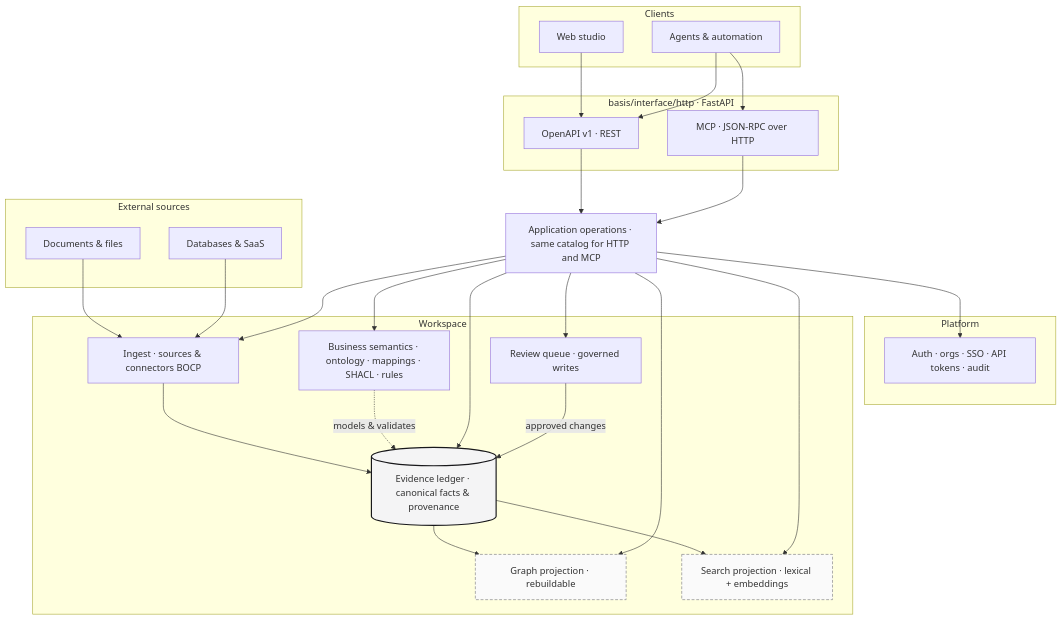
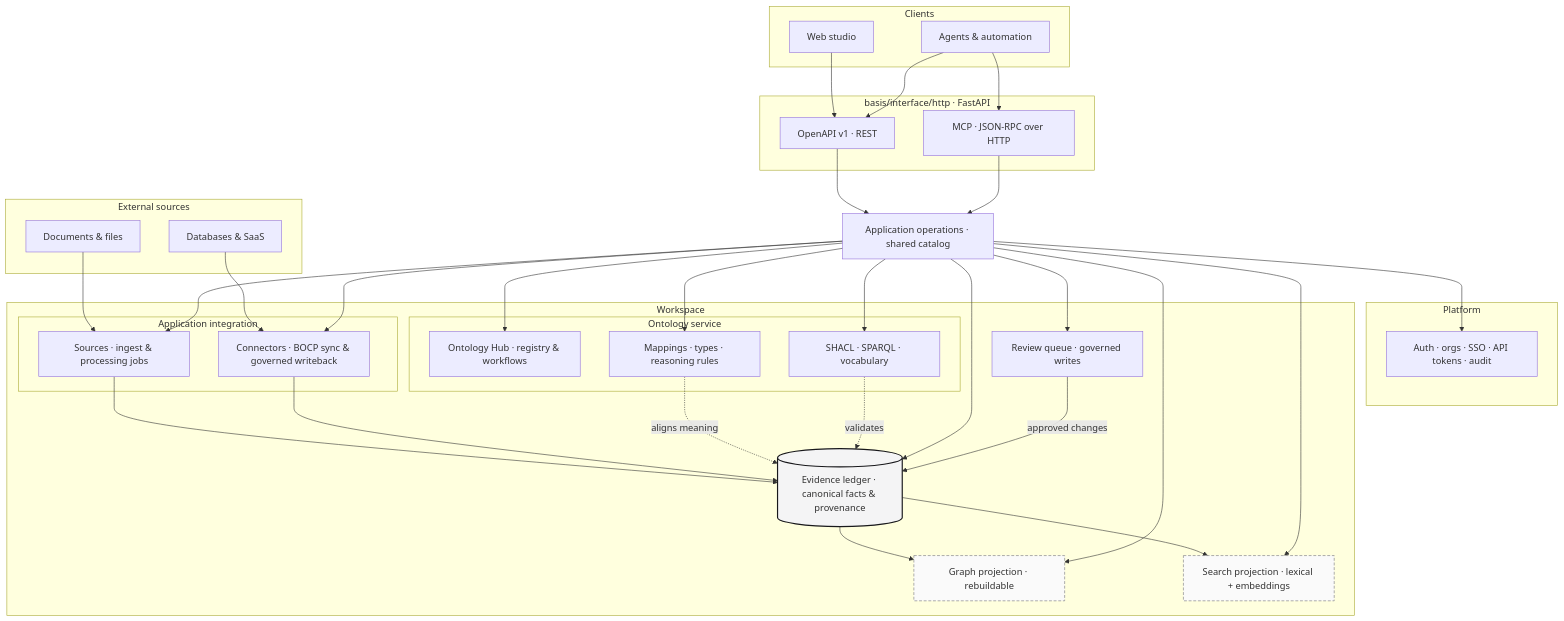
The diagram in README.md (FellowOS/basis), drawn with Mermaid before and after one commit. The commit also changed 2 other files, not shown here.

Commit message:
docs: split architecture diagram into integration and ontology pillars
Highlight application integration (sources, BOCP connectors) and ontology service (Hub, SHACL/SPARQL, mappings) as distinct workspace capabilities.

````diff
--- a/README.md
+++ b/README.md
@@ -60,58 +60,72 @@
 ```mermaid
 flowchart TB
   subgraph external["External sources"]
     docs["Documents & files"]
     systems["Databases & SaaS"]
   end
 
   subgraph clients["Clients"]
     studio["Web studio"]
     agents["Agents & automation"]
   end
 
   subgraph apiLayer["basis/interface/http · FastAPI"]
     rest["OpenAPI v1 · REST"]
     mcp["MCP · JSON-RPC over HTTP"]
   end
 
-  ops["Application operations · same catalog for HTTP and MCP"]
+  ops["Application operations · shared catalog"]
 
   subgraph platform["Platform"]
     plat["Auth · orgs · SSO · API tokens · audit"]
   end
 
   subgraph workspace["Workspace"]
-    ingest["Ingest · sources & connectors BOCP"]
-    sem["Business semantics · ontology · mappings · SHACL · rules"]
+    subgraph integration["Application integration"]
+      sources["Sources · ingest & processing jobs"]
+      conn["Connectors · BOCP sync & governed writeback"]
+    end
+
+    subgraph ontologySvc["Ontology service"]
+      hub["Ontology Hub · registry & workflows"]
+      govern["SHACL · SPARQL · vocabulary"]
+      maps["Mappings · types · reasoning rules"]
+    end
+
     ledger[("Evidence ledger · canonical facts & provenance")]
     review["Review queue · governed writes"]
     graphProj["Graph projection · rebuildable"]
     searchProj["Search projection · lexical + embeddings"]
   end
 
-  docs --> ingest
-  systems --> ingest
-  ingest --> ledger
-  sem -.->|"models & validates"| ledger
+  docs --> sources
+  systems --> conn
+  sources --> ledger
+  conn --> ledger
+  maps -.->|"aligns meaning"| ledger
+  govern -.->|"validates"| ledger
   ledger --> graphProj
   ledger --> searchProj
 
   studio --> rest
   agents --> rest
   agents --> mcp
   rest --> ops
   mcp --> ops
   ops --> plat
-  ops --> ingest
-  ops --> sem
+  ops --> sources
+  ops --> conn
+  ops --> hub
+  ops --> govern
+  ops --> maps
   ops --> ledger
   ops --> graphProj
   ops --> searchProj
   ops --> review
   review -->|"approved changes"| ledger
 
   classDef canonical fill:#f4f4f5,stroke:#18181b,stroke-width:2px
   classDef projection fill:#fafafa,stroke:#71717a,stroke-dasharray: 5 3
   class ledger canonical
   class graphProj,searchProj projection
 ```
````
